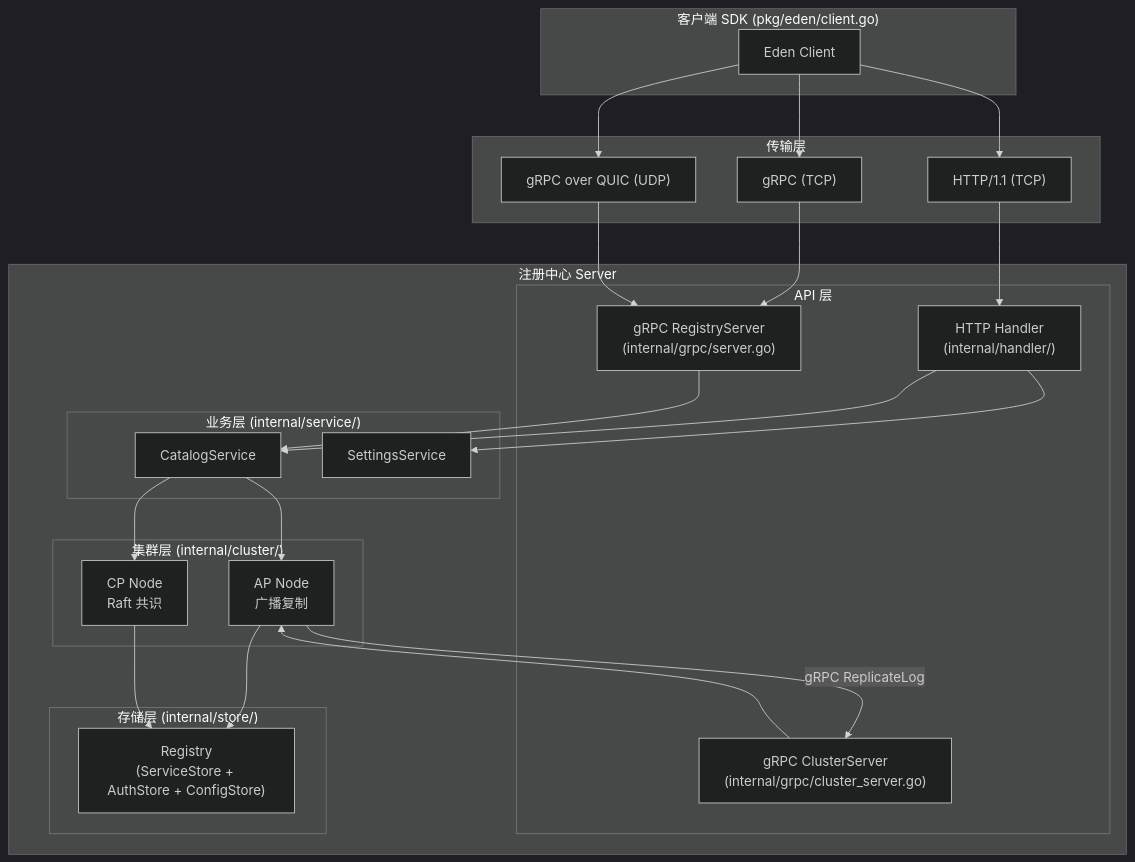
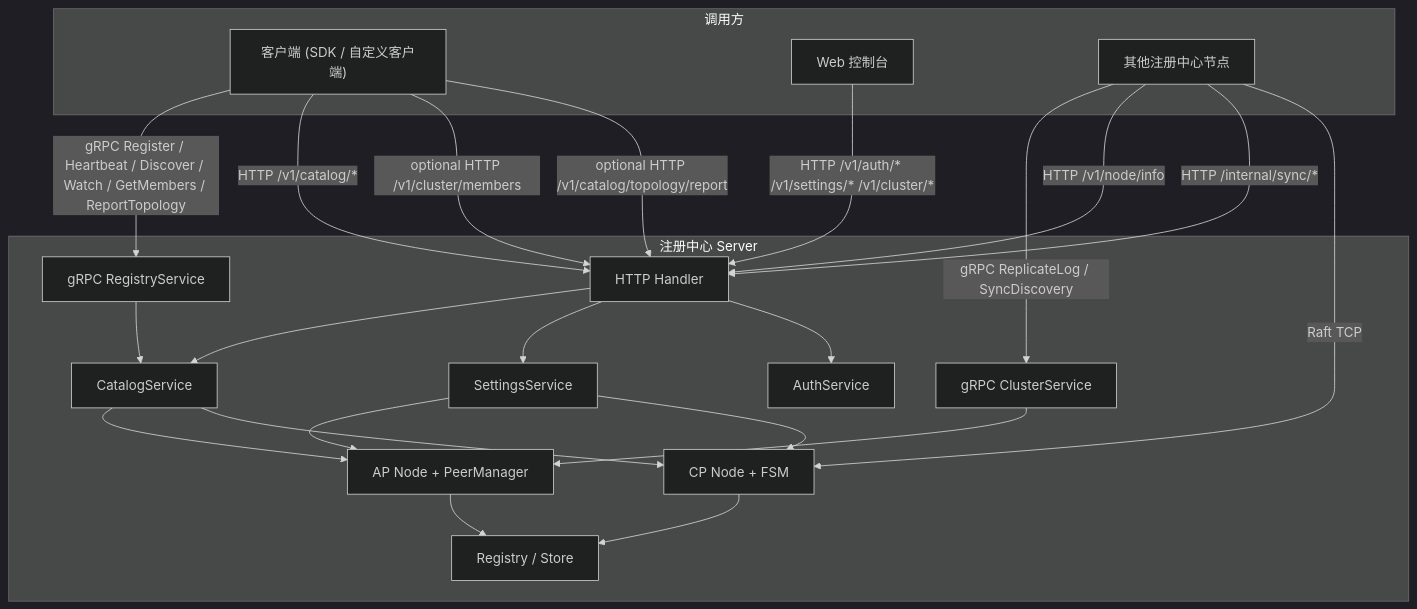
One commit to shiyindaxiaojie/eden-microservice changed the diagram in docs/architecture_zh.md. Above: the diagram before and after it, drawn with Mermaid (dark theme). The commit also changed other lines of this file and 44 other files, not shown here.

````diff
--- a/docs/architecture_zh.md
+++ b/docs/architecture_zh.md
@@ -16,50 +31,45 @@
 ```mermaid
 graph TB
-    subgraph "客户端 SDK (pkg/eden/client.go)"
-        SDK[Eden Client]
-    end
-
-    subgraph "传输层"
-        HTTP_T["HTTP/1.1 (TCP)"]
-        GRPC_T["gRPC (TCP)"]
-        QUIC_T["gRPC over QUIC (UDP)"]
+    subgraph "调用方"
+        Client["客户端 (SDK / 自定义客户端)"]
+        Console["Web 控制台"]
+        Peer["其他注册中心节点"]
     end
 
     subgraph "注册中心 Server"
-        subgraph "API 层"
-            HTTP_H["HTTP Handler<br/>(internal/handler/)"]
-            GRPC_RS["gRPC RegistryServer<br/>(internal/grpc/server.go)"]
-            GRPC_CS["gRPC ClusterServer<br/>(internal/grpc/cluster_server.go)"]
-        end
-
-        subgraph "业务层 (internal/service/)"
-            CAT["CatalogService"]
-            SET["SettingsService"]
-        end
-
-        subgraph "集群层 (internal/cluster/)"
-            AP["AP Node<br/>广播复制"]
-            CP["CP Node<br/>Raft 共识"]
-        end
-
-        subgraph "存储层 (internal/store/)"
-            REG["Registry<br/>(ServiceStore + AuthStore + ConfigStore)"]
-        end
+        HTTP["HTTP Handler"]
+        GRPC_REG["gRPC RegistryService"]
+        GRPC_CLUSTER["gRPC ClusterService"]
+        CAT["CatalogService"]
+        SET["SettingsService"]
+        AUTH["AuthService"]
+        AP["AP Node + PeerManager"]
+        CP["CP Node + FSM"]
+        STORE["Registry / Store"]
     end
 
-    SDK --> HTTP_T --> HTTP_H
-    SDK --> GRPC_T --> GRPC_RS
-    SDK --> QUIC_T --> GRPC_RS
+    Client -->|gRPC Register / Heartbeat / Discover / Watch / GetMembers / ReportTopology| GRPC_REG
+    Client -->|HTTP /v1/catalog/*| HTTP
+    Client -->|optional HTTP /v1/cluster/members| HTTP
+    Client -->|optional HTTP /v1/catalog/topology/report| HTTP
 
-    HTTP_H --> CAT
-    HTTP_H --> SET
-    GRPC_RS --> CAT
+    Console -->|HTTP /v1/auth/* /v1/settings/* /v1/cluster/*| HTTP
+
+    Peer -->|gRPC ReplicateLog / SyncDiscovery| GRPC_CLUSTER
+    Peer -->|HTTP /v1/node/info| HTTP
+    Peer -->|HTTP /internal/sync/*| HTTP
+    Peer -->|Raft TCP| CP
+
+    HTTP --> CAT
+    HTTP --> SET
+    HTTP --> AUTH
+    GRPC_REG --> CAT
+    GRPC_CLUSTER --> AP
 
     CAT --> AP
     CAT --> CP
-    AP --> REG
-    CP --> REG
-
-    AP -- "gRPC ReplicateLog" --> GRPC_CS
-    GRPC_CS --> AP
+    SET --> AP
+    SET --> CP
+    AP --> STORE
+    CP --> STORE
 ```
````
